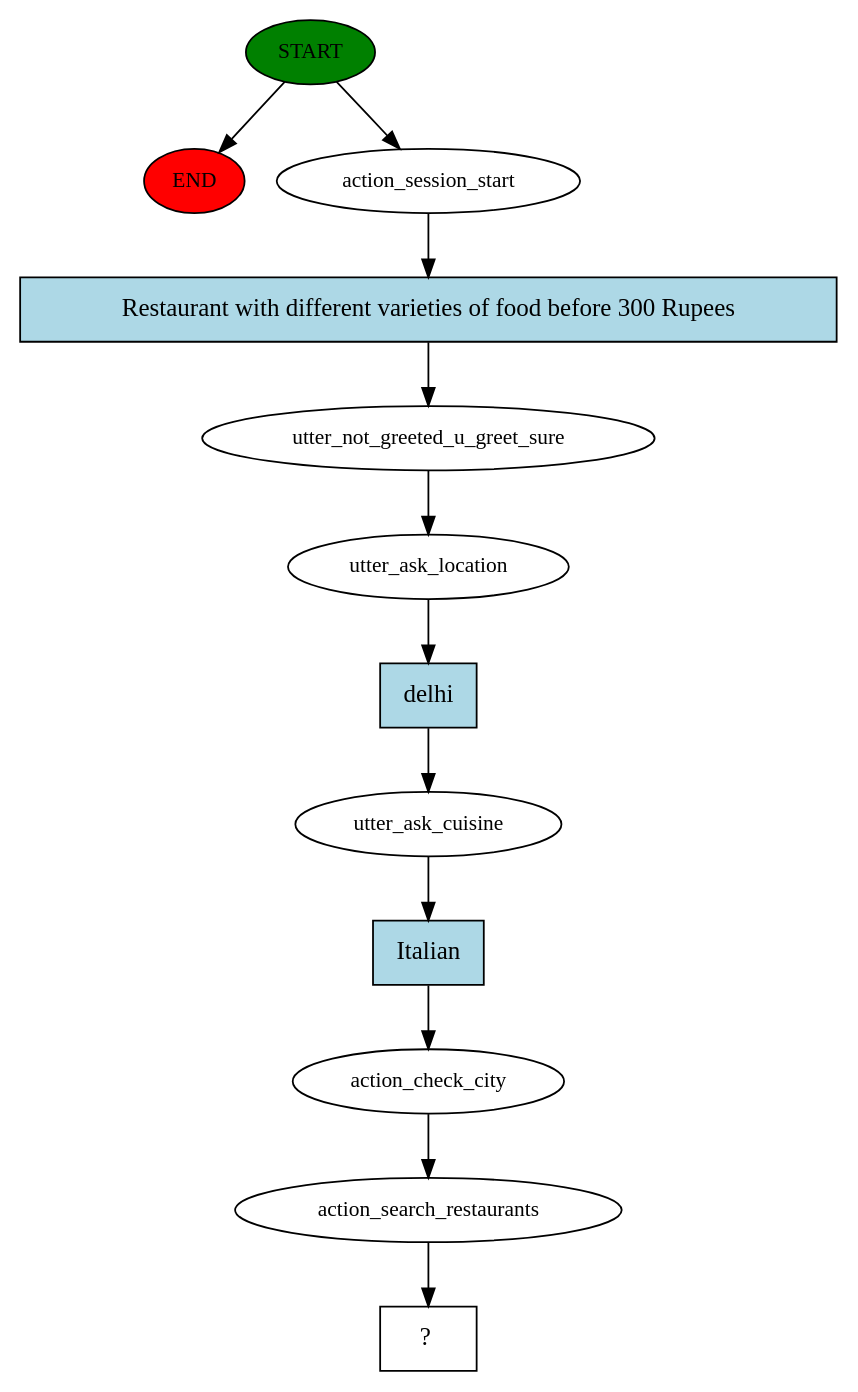
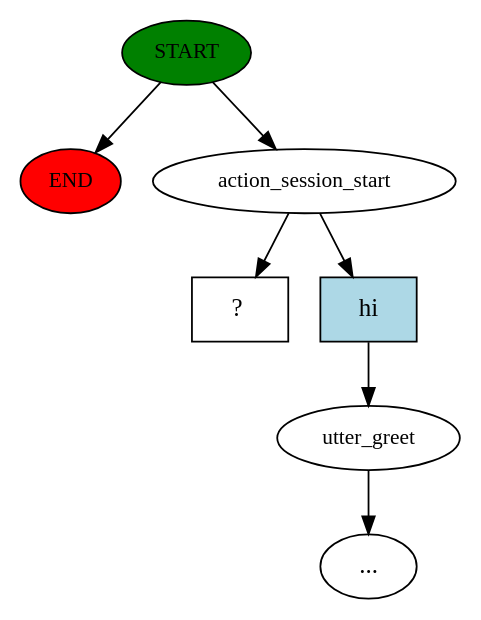
The diagram in story_graph.dot (devasci/rasa_casestudy), drawn with Graphviz before and after one commit. The commit also changed 11 other files, not shown here.

```diff
--- a/story_graph.dot
+++ b/story_graph.dot
@@ -1,25 +1,15 @@
 digraph  {
 0 [class="start active", fillcolor=green, fontsize=12, label=START, style=filled];
 "-1" [class=end, fillcolor=red, fontsize=12, label=END, style=filled];
 1 [class=active, fontsize=12, label=action_session_start];
-2 [class=active, fontsize=12, label=utter_not_greeted_u_greet_sure];
-3 [class=active, fontsize=12, label=utter_ask_location];
-4 [class=active, fontsize=12, label=utter_ask_cuisine];
-5 [class=active, fontsize=12, label=action_check_city];
-6 [class=active, fontsize=12, label=action_search_restaurants];
-7 [class="intent dashed active", label="  ?  ", shape=rect];
-8 [class="intent active", fillcolor=lightblue, label="Restaurant with different varieties of food before 300 Rupees", shape=rect, style=filled];
-9 [class="intent active", fillcolor=lightblue, label=delhi, shape=rect, style=filled];
-10 [class="intent active", fillcolor=lightblue, label=Italian, shape=rect, style=filled];
+2 [class="", fontsize=12, label=utter_greet];
+"-3" [class=ellipsis, label="..."];
+4 [class="intent dashed active", label="  ?  ", shape=rect];
+5 [class=intent, fillcolor=lightblue, label=hi, shape=rect, style=filled];
 0 -> "-1"  [class="", key=NONE, label=""];
 0 -> 1  [class=active, key=NONE, label=""];
-1 -> 8  [class=active, key=0];
-2 -> 3  [class=active, key=NONE, label=""];
-3 -> 9  [class=active, key=0];
-4 -> 10  [class=active, key=0];
-5 -> 6  [class=active, key=NONE, label=""];
-6 -> 7  [class=active, key=NONE, label=""];
-8 -> 2  [class=active, key=0];
-9 -> 4  [class=active, key=0];
-10 -> 5  [class=active, key=0];
+1 -> 4  [class=active, key=NONE, label=""];
+1 -> 5  [class="", key=0];
+2 -> "-3"  [class="", key=NONE, label=""];
+5 -> 2  [class="", key=0];
 }
```
